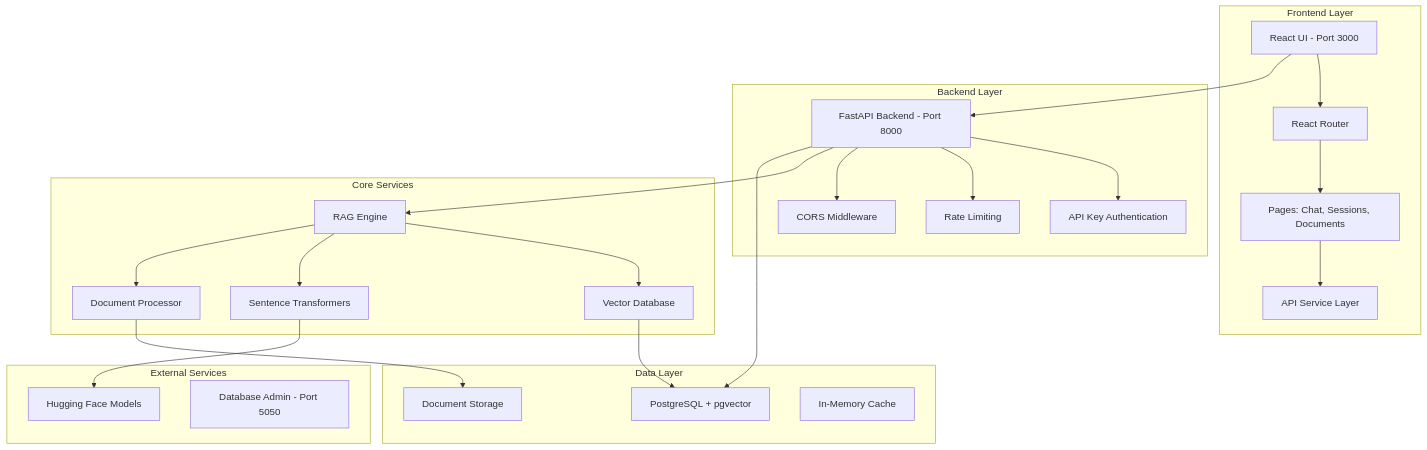
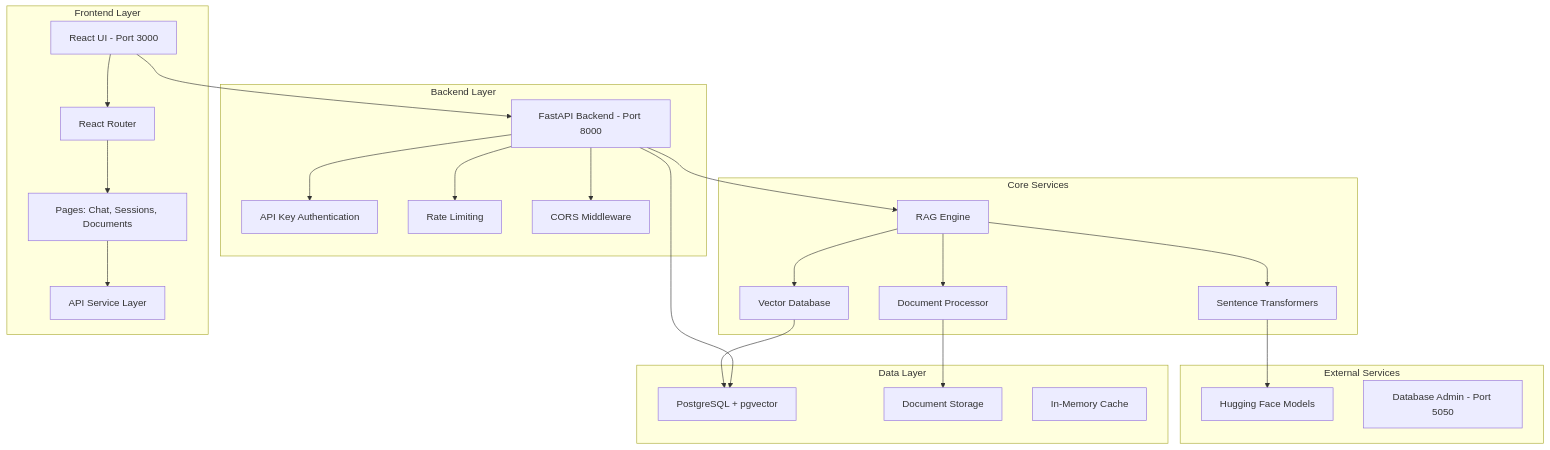
Before and after one commit to alihkhan12/rag_chat_storage: the first of 2 diagrams in README.md, drawn with Mermaid.

````diff
--- a/README.md
+++ b/README.md
@@ -26,44 +26,45 @@
 ```mermaid
 graph TB
-    subgraph "Frontend Layer"
-        UI[React UI - Port 3000]
-        UI --> Router[React Router]
-        Router --> Pages[Pages: Chat, Sessions, Documents]
-        Pages --> API_Service[API Service Layer]
+    
+    subgraph "External Services"
+        HuggingFace[Hugging Face Models]
+        PgAdmin[Database Admin - Port 5050]
+    end
+    
+    subgraph "Data Layer"
+        PostgreSQL[PostgreSQL + pgvector]
+        FileSystem[Document Storage]
+        Cache[In-Memory Cache]
+    end
+    
+    subgraph "Core Services"
+        RAG[RAG Engine]
+        VectorDB[Vector Database]
+        Embeddings[Sentence Transformers]
+        DocProcessor[Document Processor]
     end
     
     subgraph "Backend Layer"
         FastAPI[FastAPI Backend - Port 8000]
         FastAPI --> Auth[API Key Authentication]
         FastAPI --> RateLimit[Rate Limiting]
         FastAPI --> CORS[CORS Middleware]
     end
     
-    subgraph "Core Services"
-        RAG[RAG Engine]
-        VectorDB[Vector Database]
-        Embeddings[Sentence Transformers]
-        DocProcessor[Document Processor]
-    end
-    
-    subgraph "Data Layer"
-        PostgreSQL[PostgreSQL + pgvector]
-        FileSystem[Document Storage]
-        Cache[In-Memory Cache]
-    end
-    
-    subgraph "External Services"
-        HuggingFace[Hugging Face Models]
-        PgAdmin[Database Admin - Port 5050]
+    subgraph "Frontend Layer"
+        UI[React UI - Port 3000]
+        UI --> Router[React Router]
+        Router --> Pages[Pages: Chat, Sessions, Documents]
+        Pages --> API_Service[API Service Layer]
     end
     
     UI --> FastAPI
     FastAPI --> RAG
     RAG --> VectorDB
     RAG --> Embeddings
     RAG --> DocProcessor
     VectorDB --> PostgreSQL
     DocProcessor --> FileSystem
     Embeddings --> HuggingFace
     FastAPI --> PostgreSQL
 ```
````
